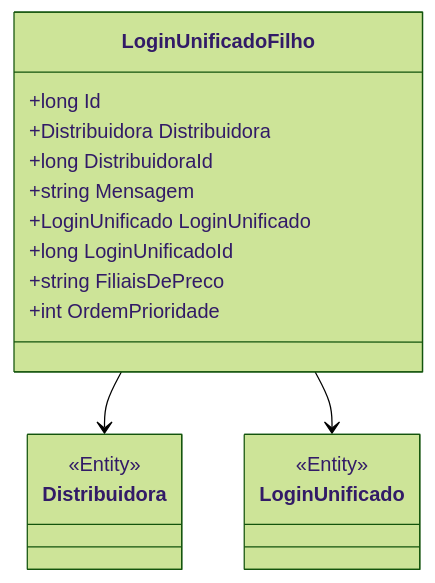
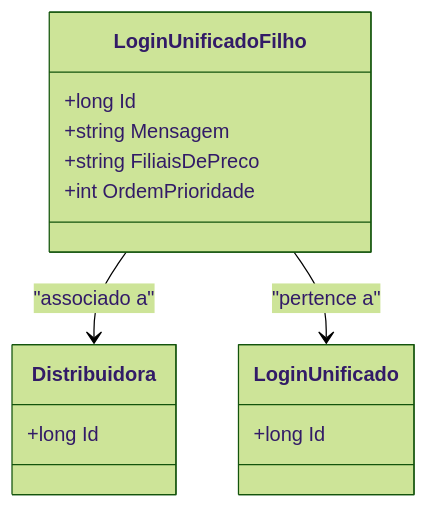
One commit to IsthmusSistemas/documentacao-tecnica changed the diagram in docs/b2b-dominio/IsthmusWinthor.Nucleo/IsthmusWinthor.Dominio/Entidades/LoginUnificadoFilho.md. Above: the diagram before and after it, drawn with Mermaid (forest theme). The commit also changed other lines of this file and 882 other files, not shown here.

````diff
--- a/docs/b2b-dominio/IsthmusWinthor.Nucleo/IsthmusWinthor.Dominio/Entidades/LoginUnificadoFilho.md
+++ b/docs/b2b-dominio/IsthmusWinthor.Nucleo/IsthmusWinthor.Dominio/Entidades/LoginUnificadoFilho.md
@@ -22,21 +22,20 @@
 ```mermaid
 classDiagram
     class LoginUnificadoFilho {
         +long Id
-        +Distribuidora Distribuidora
-        +long DistribuidoraId
         +string Mensagem
-        +LoginUnificado LoginUnificado
-        +long LoginUnificadoId
         +string FiliaisDePreco
         +int OrdemPrioridade
     }
+    
     class Distribuidora {
-        <<Entity>>
+        +long Id
     }
+    
     class LoginUnificado {
-        <<Entity>>
+        +long Id
     }
-    LoginUnificadoFilho --> Distribuidora
-    LoginUnificadoFilho --> LoginUnificado
+
+    LoginUnificadoFilho --> Distribuidora : "associado a"
+    LoginUnificadoFilho --> LoginUnificado : "pertence a"
 ```
````
